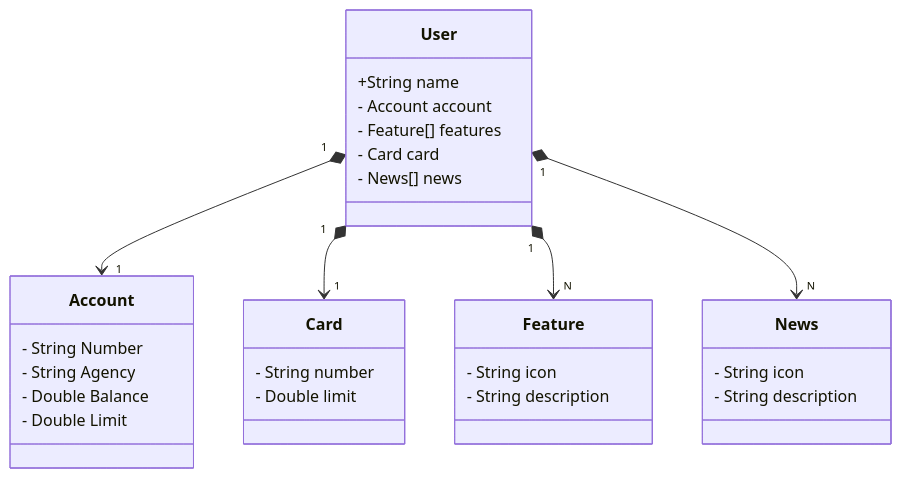
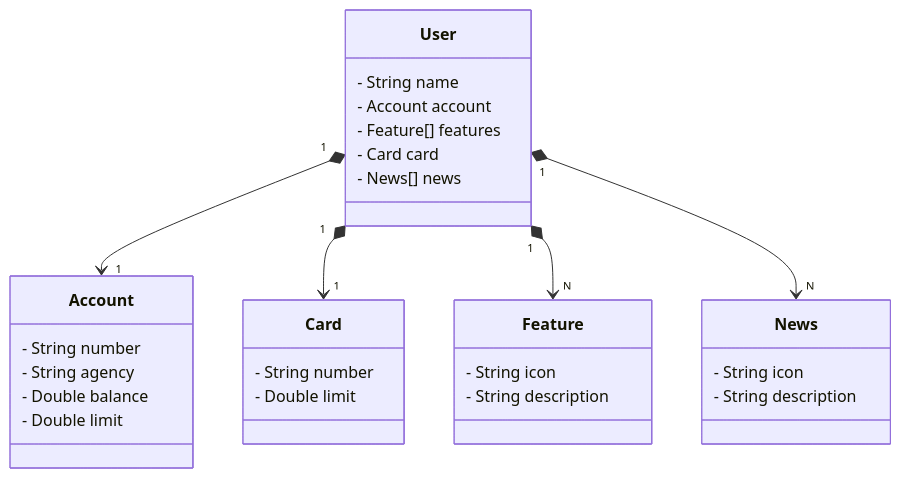
Before and after one commit to Sirius-146/santander-dev-week: the diagram in README.md, drawn with Mermaid. The commit also changed 11 other files, not shown here.

````diff
--- a/README.md
+++ b/README.md
@@ -7,37 +7,37 @@
 ```mermaid
 classDiagram
     class User {
-        +String name
+        - String name
         - Account account
         - Feature[] features
         - Card card
         - News[] news
     }
 
     class Account {
-        - String Number
-        - String Agency
-        - Double Balance
-        - Double Limit
+        - String number
+        - String agency
+        - Double balance
+        - Double limit
     }
 
     class Feature {
         - String icon
         - String description
     }
 
     class Card {
         - String number
         - Double limit
     }
 
     class News {
         - String icon
         - String description
     }
 
     User "1" *--> "1" Account
     User "1" *--> "1" Card
     User "1" *--> "N" Feature
     User "1" *--> "N" News
 ```
````
